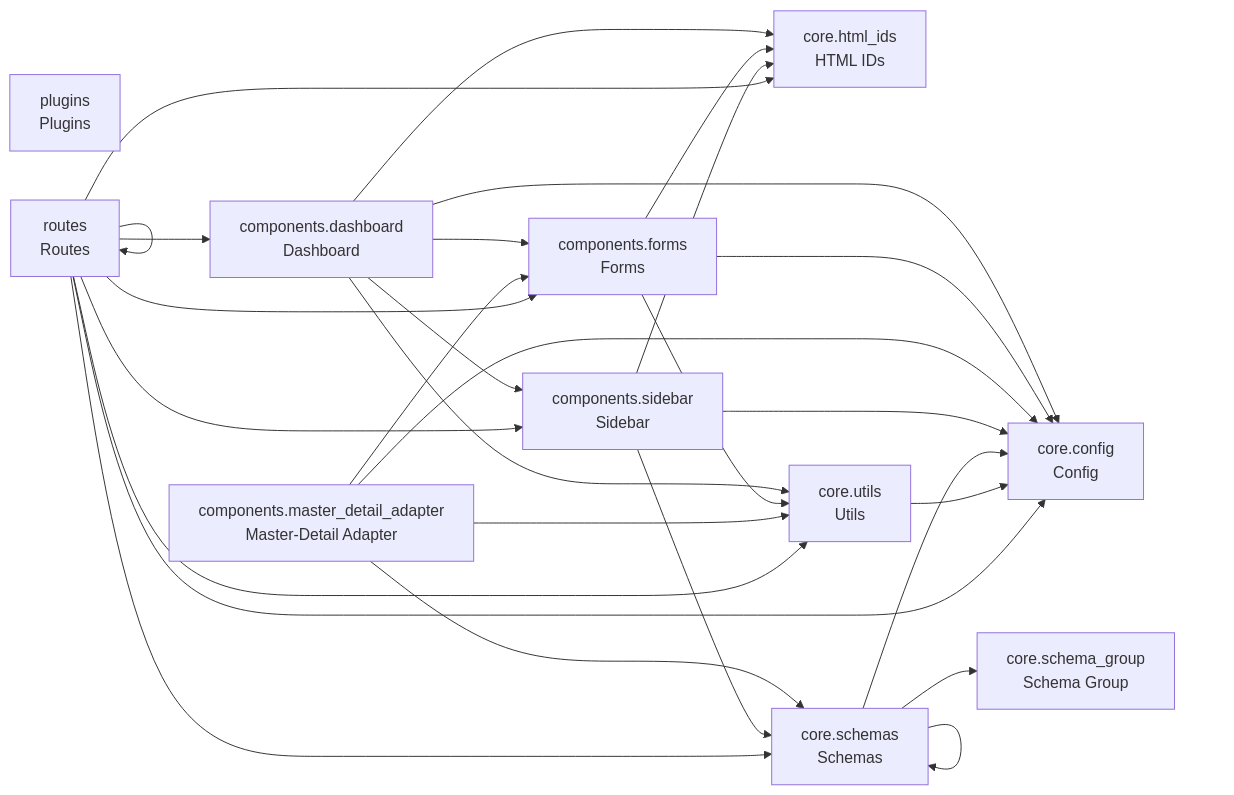
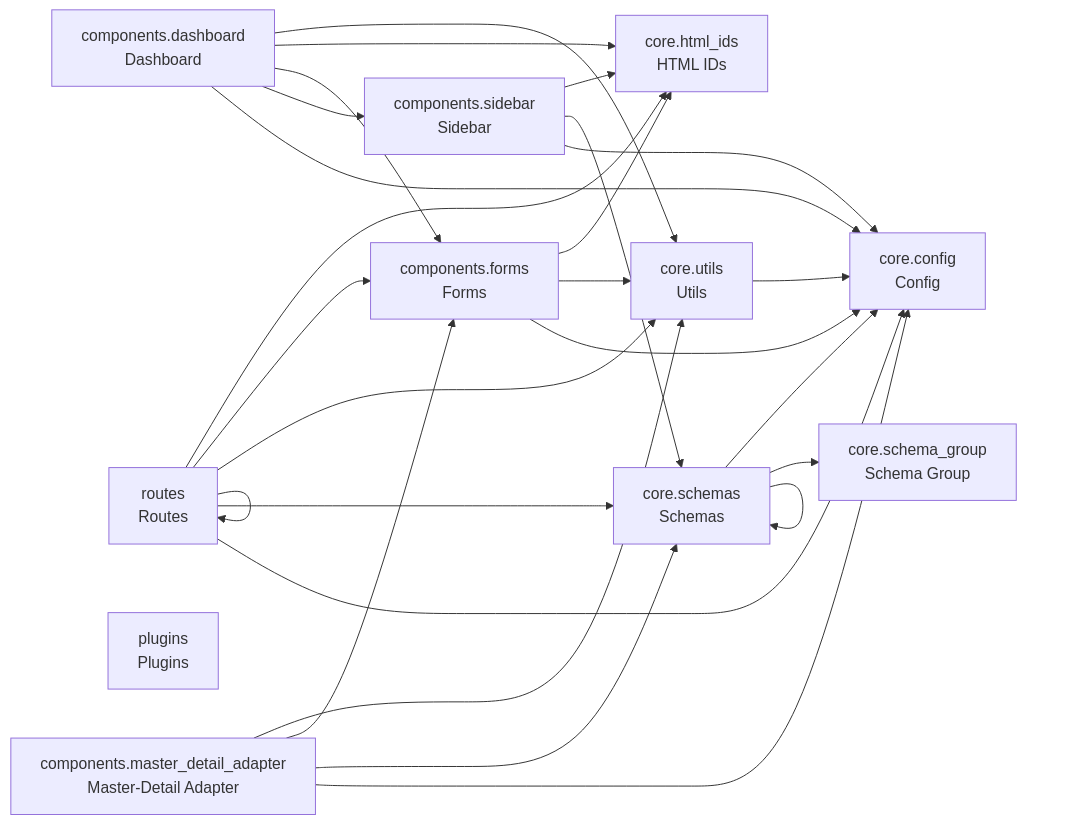
The diagram in README.md (cj-mills/cjm-fasthtml-settings), drawn with Mermaid before and after one commit. The commit also changed other lines of this file and 4 other files, not shown here.

````diff
--- a/README.md
+++ b/README.md
@@ -33,42 +33,40 @@
 ``` mermaid
 graph LR
     components_dashboard[components.dashboard<br/>Dashboard]
     components_forms[components.forms<br/>Forms]
     components_master_detail_adapter[components.master_detail_adapter<br/>Master-Detail Adapter]
     components_sidebar[components.sidebar<br/>Sidebar]
     core_config[core.config<br/>Config]
     core_html_ids[core.html_ids<br/>HTML IDs]
     core_schema_group[core.schema_group<br/>Schema Group]
     core_schemas[core.schemas<br/>Schemas]
     core_utils[core.utils<br/>Utils]
     plugins[plugins<br/>Plugins]
     routes[routes<br/>Routes]
 
-    components_dashboard --> components_sidebar
     components_dashboard --> core_utils
     components_dashboard --> core_html_ids
     components_dashboard --> components_forms
+    components_dashboard --> components_sidebar
     components_dashboard --> core_config
     components_forms --> core_html_ids
     components_forms --> core_utils
     components_forms --> core_config
-    components_master_detail_adapter --> core_schemas
     components_master_detail_adapter --> core_utils
     components_master_detail_adapter --> components_forms
+    components_master_detail_adapter --> core_schemas
     components_master_detail_adapter --> core_config
     components_sidebar --> core_html_ids
+    components_sidebar --> core_schemas
     components_sidebar --> core_config
-    components_sidebar --> core_schemas
-    core_schemas --> core_schemas
     core_schemas --> core_config
     core_schemas --> core_schema_group
+    core_schemas --> core_schemas
     core_utils --> core_config
-    routes --> components_dashboard
-    routes --> components_sidebar
-    routes --> routes
+    routes --> core_html_ids
+    routes --> components_forms
+    routes --> core_utils
     routes --> core_schemas
     routes --> core_config
-    routes --> core_utils
-    routes --> core_html_ids
-    routes --> components_forms
+    routes --> routes
 ```
````
